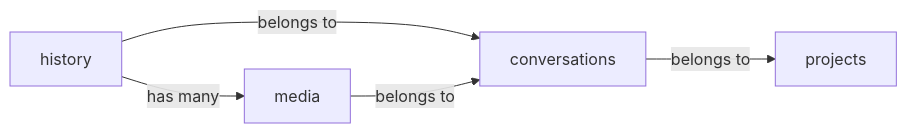
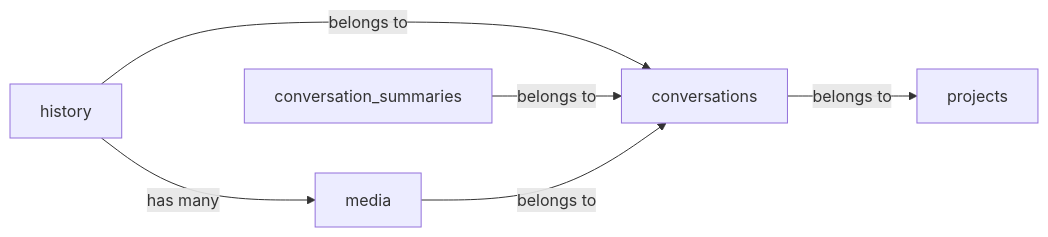
Before and after one commit to anuma-ai/sdk: the diagram in docs/schema.md, drawn with Mermaid. The commit also changed other lines of this file and 28 other files, not shown here.

````diff
--- a/docs/schema.md
+++ b/docs/schema.md
@@ -5,7 +5,8 @@
 ```mermaid
 graph LR
     history -- "belongs to" --> conversations
     history -- "has many" --> media
     conversations -- "belongs to" --> projects
+    conversation_summaries -- "belongs to" --> conversations
     media -- "belongs to" --> conversations
 ```
````
